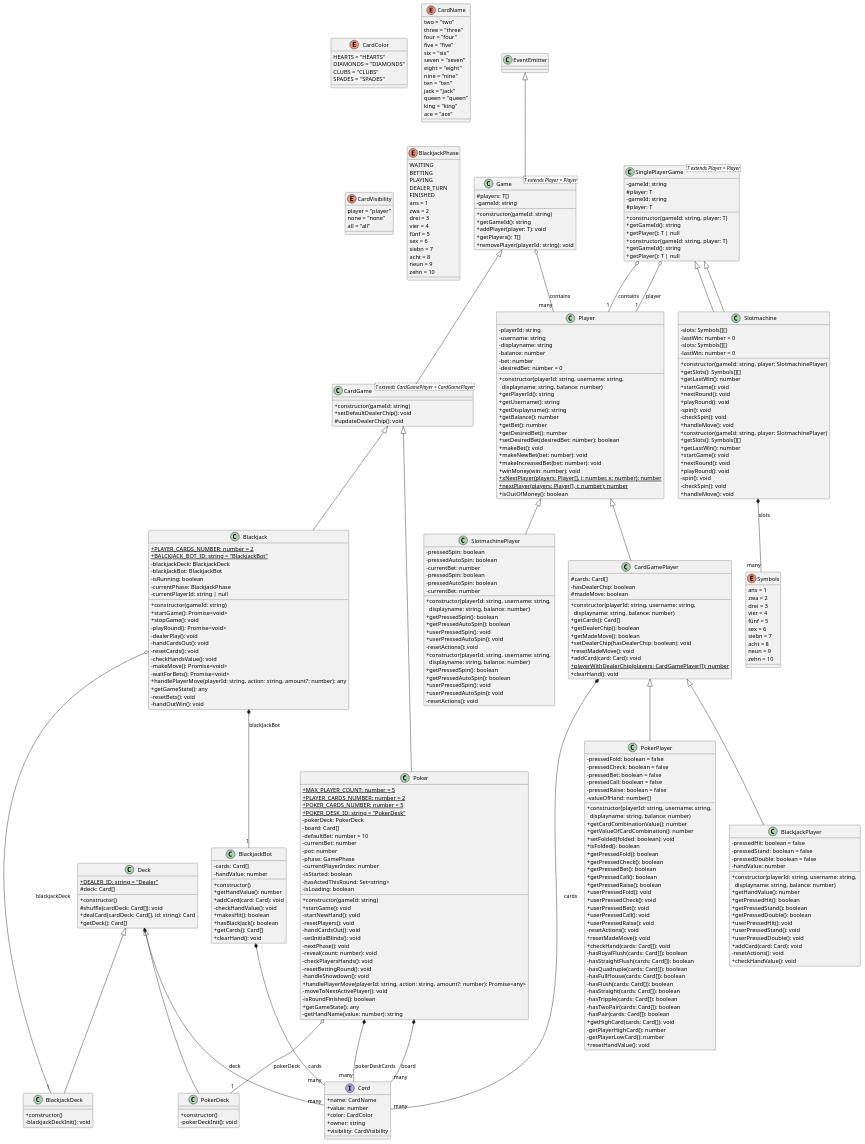
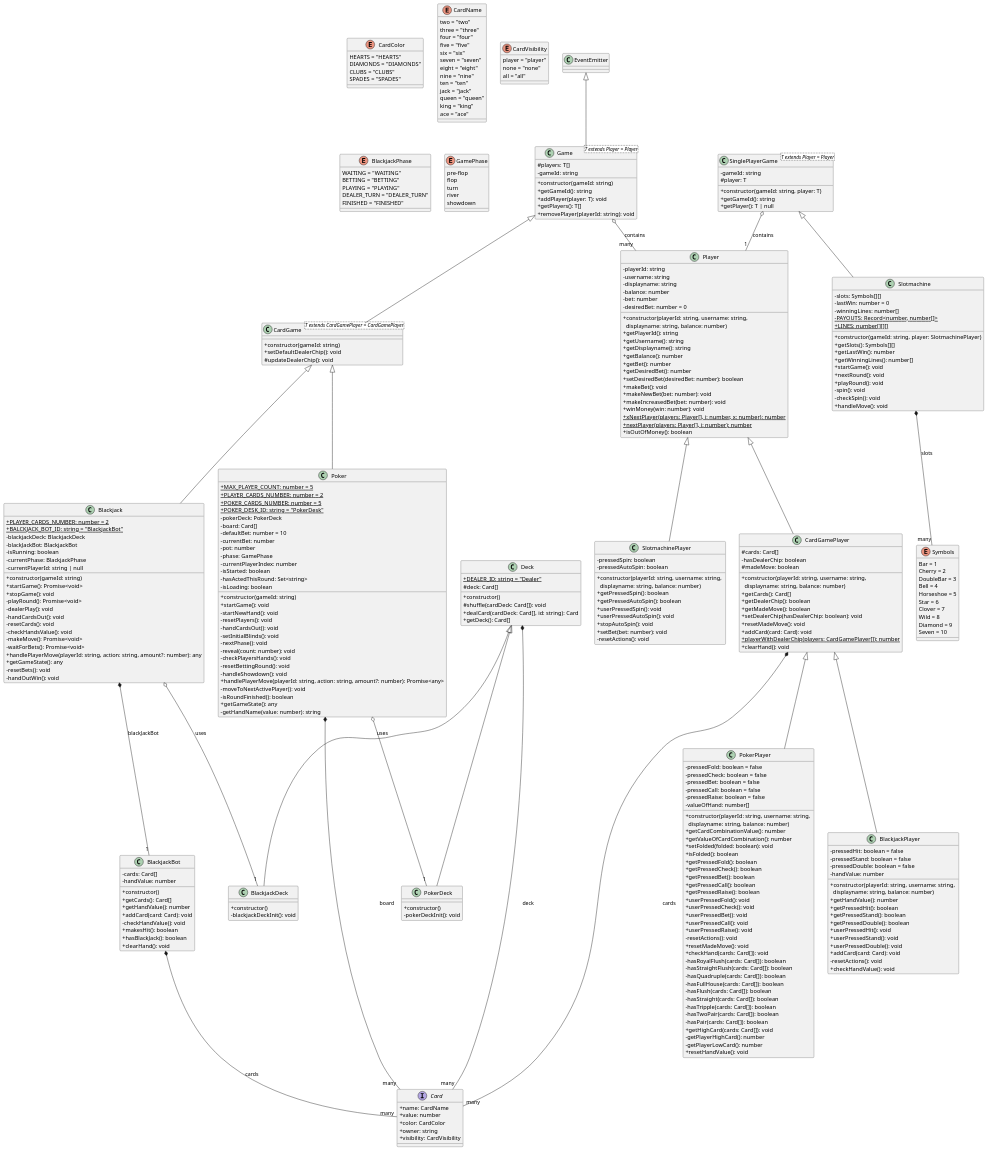
Before and after one commit to FelixZannantoni/OnlineCasino: the diagram in backend/src/gameLogic/classdiagram.puml, drawn with PlantUML.

Commit message:
updated classdiagram

```diff
--- a/backend/src/gameLogic/classdiagram.puml
+++ b/backend/src/gameLogic/classdiagram.puml
@@ -40,34 +40,32 @@
 }
 
 enum Symbols {
-    ans = 1
-    zwa = 2
-    drei = 3
-    vier = 4
-    fünf = 5
-    sex = 6
-    siebn = 7
-    acht = 8
-    neun = 9
-    zehn = 10
+  Bar = 1
+  Cherry = 2
+  DoubleBar = 3
+  Bell = 4
+  Horseshoe = 5
+  Star = 6
+  Clover = 7
+  Wild = 8
+  Diamond = 9
+  Seven = 10
 }
 
 enum BlackjackPhase {
-    WAITING
-    BETTING
-    PLAYING
-    DEALER_TURN
-    FINISHED
-  ans = 1
-  zwa = 2
-  drei = 3
-  vier = 4
-  fünf = 5
-  sex = 6
-  siebn = 7
-  acht = 8
-  neun = 9
-  zehn = 10
+  WAITING = "WAITING"
+  BETTING = "BETTING"
+  PLAYING = "PLAYING"
+  DEALER_TURN = "DEALER_TURN"
+  FINISHED = "FINISHED"
+}
+
+enum GamePhase {
+  pre-flop
+  flop
+  turn
+  river
+  showdown
 }
 
 ' Classes
@@ -85,14 +83,6 @@
 }
 
 class SinglePlayerGame<T extends Player = Player> {
-    -gameId: string
-    #player: T
-    +constructor(gameId: string, player: T)
-    +getGameId(): string
-    +getPlayer(): T | null
-}
-
-class SinglePlayerGame<T extends Player = Player> {
   -gameId: string
   #player: T
   +constructor(gameId: string, player: T)
@@ -103,9 +93,13 @@
 class Slotmachine {
   -slots: Symbols[][]
   -lastWin: number = 0
+  -winningLines: number[]
+  {static} -PAYOUTS: Record<number, number[]>
+  {static} +LINES: number[][][]
   +constructor(gameId: string, player: SlotmachinePlayer)
   +getSlots(): Symbols[][]
   +getLastWin(): number
+  +getWinningLines(): number[]
   +startGame(): void
   +nextRound(): void
   +playRound(): void
@@ -177,30 +171,16 @@
   -handOutWin(): void
 }
 
-class Slotmachine {
-    -slots: Symbols[][]
-    -lastWin: number = 0
-    +constructor(gameId: string, player: SlotmachinePlayer)
-    +getSlots(): Symbols[][]
-    +getLastWin(): number
-    +startGame(): void
-    +nextRound(): void
-    +playRound(): void
-    -spin(): void
-    -checkSpin(): void
-    +handleMove(): void
-}
-
 class BlackjackBot {
   -cards: Card[]
   -handValue: number
   +constructor()
+  +getCards(): Card[]
   +getHandValue(): number
   +addCard(card: Card): void
   -checkHandValue(): void
   +makesHit(): boolean
   +hasBlackJack(): boolean
-  +getCards(): Card[]
   +clearHand(): void
 }
 
@@ -231,12 +211,13 @@
 class SlotmachinePlayer {
   -pressedSpin: boolean
   -pressedAutoSpin: boolean
-  -currentBet: number
   +constructor(playerId: string, username: string, \n  displayname: string, balance: number)
   +getPressedSpin(): boolean
   +getPressedAutoSpin(): boolean
   +userPressedSpin(): void
   +userPressedAutoSpin(): void
+  +stopAutoSpin(): void
+  +setBet(bet: number): void
   -resetActions(): void
 }
 
@@ -313,18 +294,6 @@
   +checkHandValue(): void
 }
 
-class SlotmachinePlayer {
-    -pressedSpin: boolean
-    -pressedAutoSpin: boolean
-    -currentBet: number
-    +constructor(playerId: string, username: string, \n  displayname: string, balance: number)
-    +getPressedSpin(): boolean
-    +getPressedAutoSpin(): boolean
-    +userPressedSpin(): void
-    +userPressedAutoSpin(): void
-    -resetActions(): void
-}
-
 class Deck {
   {static} +DEALER_ID: string = "Dealer"
   #deck: Card[]
@@ -347,7 +316,6 @@
 ' Inheritance
 EventEmitter <|-- Game
 Game <|-- CardGame
-SinglePlayerGame <|-- Slotmachine
 CardGame <|-- Poker
 CardGame <|-- Blackjack
 SinglePlayerGame <|-- Slotmachine
@@ -360,14 +328,12 @@
 
 ' Associations
 Game o-- "many" Player : contains
-SinglePlayerGame o-- "1" Player : player
+SinglePlayerGame o-- "1" Player : contains
 Poker *-- "many" Card : board
-SinglePlayerGame o-- "1" Player : contains
-Poker *-- "many" Card : pokerDeskCards
 CardGamePlayer *-- "many" Card : cards
 Deck *-- "many" Card : deck
-Poker o-- "1" PokerDeck : pokerDeck
-Blackjack o-- "1" BlackjackDeck : blackjackDeck
+Poker o-- "1" PokerDeck : uses
+Blackjack o-- "1" BlackjackDeck : uses
 Blackjack *-- "1" BlackjackBot : blackJackBot
 BlackjackBot *-- "many" Card : cards
 Slotmachine *-- "many" Symbols : slots
```
